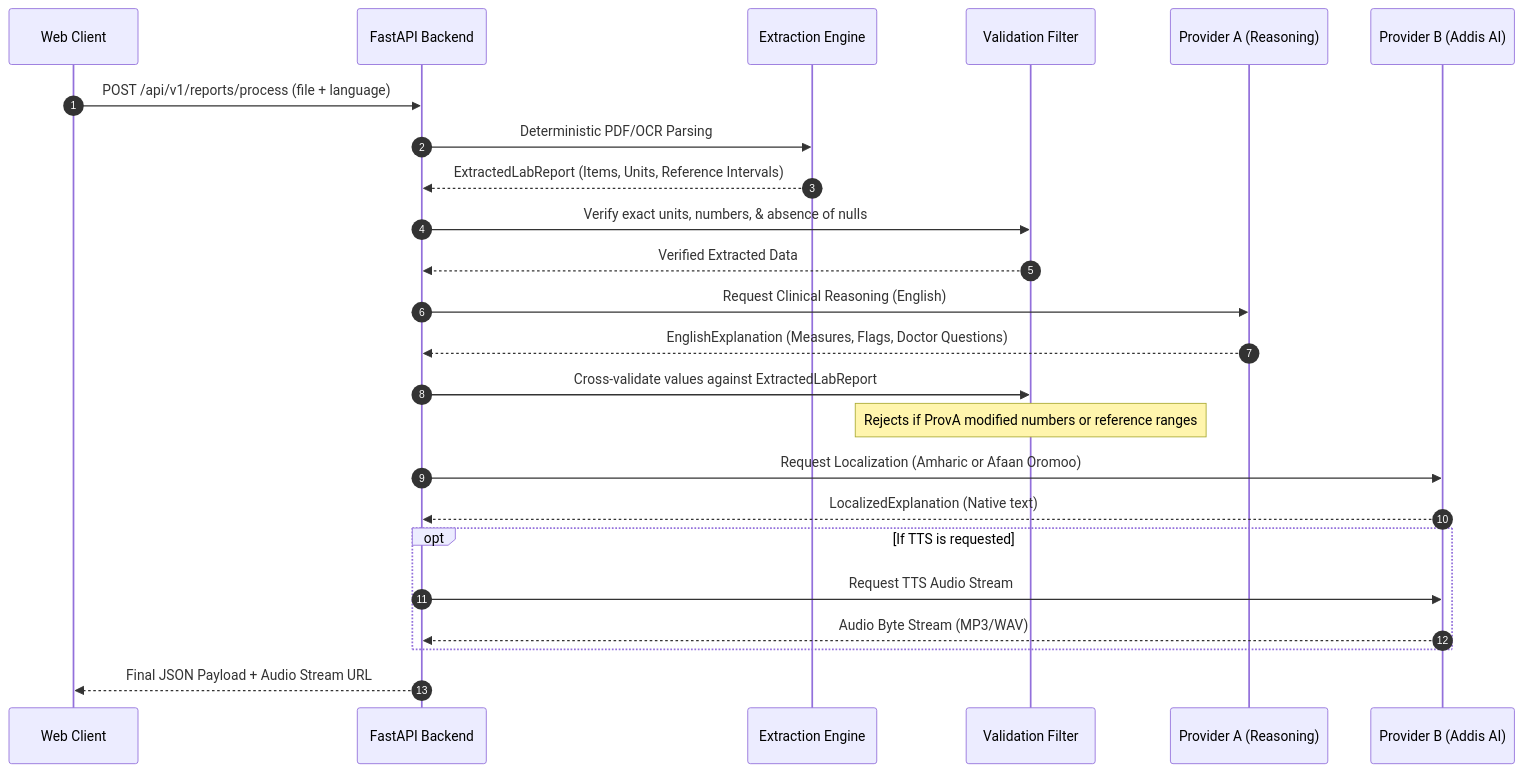
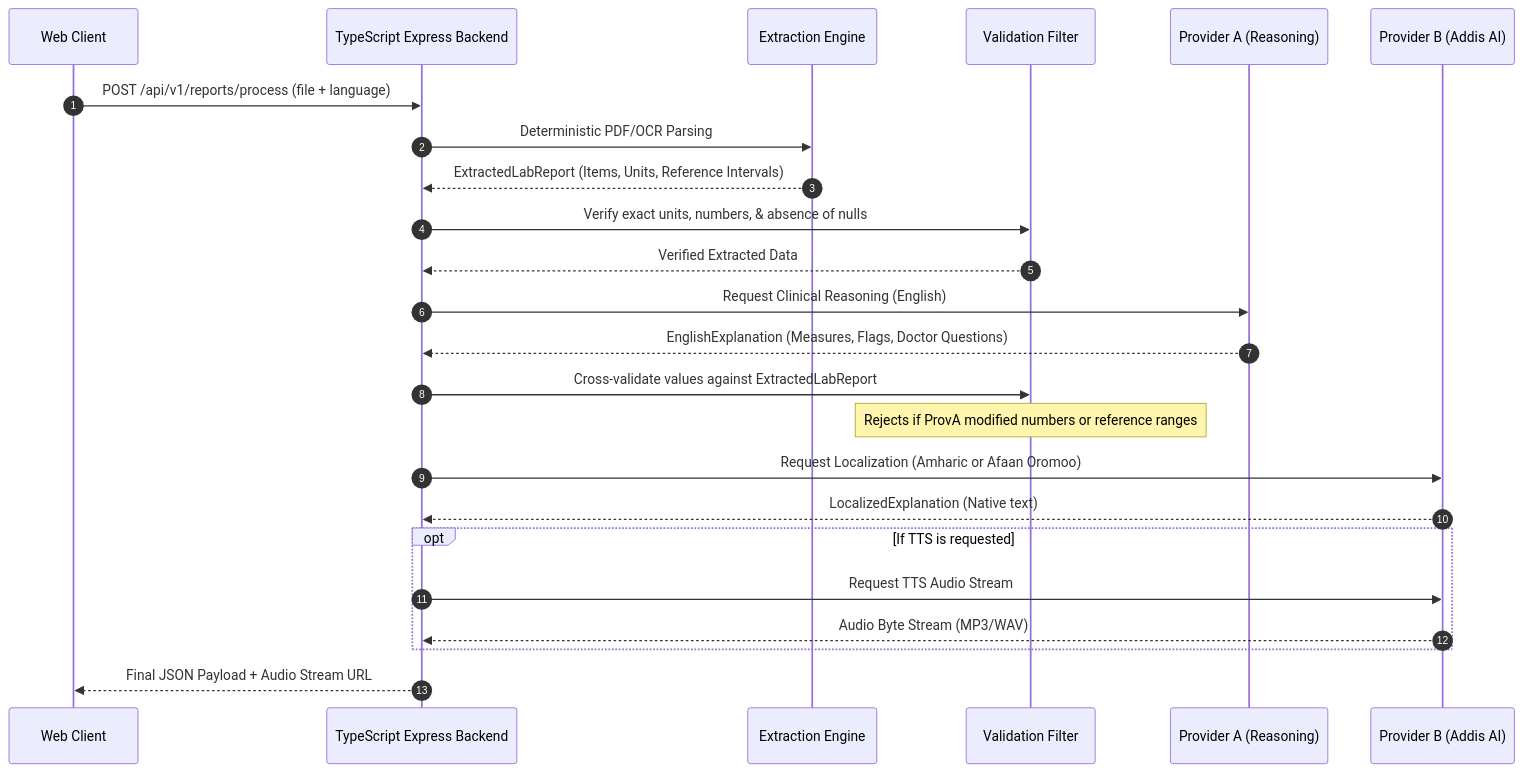
Before and after one commit to Eliphaz21/Lisan_Health: the third of 3 diagrams in docs/architecture.md, drawn with Mermaid. The commit also changed other lines of this file and 41 other files, not shown here.

````diff
--- a/docs/architecture.md
+++ b/docs/architecture.md
@@ -70,33 +70,33 @@
 ```mermaid
 sequenceDiagram
     autonumber
     participant Client as Web Client
-    participant API as FastAPI Backend
+    participant API as TypeScript Express Backend
     participant Extract as Extraction Engine
     participant Filter as Validation Filter
     participant ProvA as Provider A (Reasoning)
     participant Addis as Provider B (Addis AI)
 
     Client->>API: POST /api/v1/reports/process (file + language)
     API->>Extract: Deterministic PDF/OCR Parsing
     Extract-->>API: ExtractedLabReport (Items, Units, Reference Intervals)
     
     API->>Filter: Verify exact units, numbers, & absence of nulls
     Filter-->>API: Verified Extracted Data
     
     API->>ProvA: Request Clinical Reasoning (English)
     ProvA-->>API: EnglishExplanation (Measures, Flags, Doctor Questions)
     
     API->>Filter: Cross-validate values against ExtractedLabReport
     Note over Filter: Rejects if ProvA modified numbers or reference ranges
     
     API->>Addis: Request Localization (Amharic or Afaan Oromoo)
     Addis-->>API: LocalizedExplanation (Native text)
     
     opt If TTS is requested
         API->>Addis: Request TTS Audio Stream
         Addis-->>API: Audio Byte Stream (MP3/WAV)
     end
     
     API-->>Client: Final JSON Payload + Audio Stream URL
 ```
````
